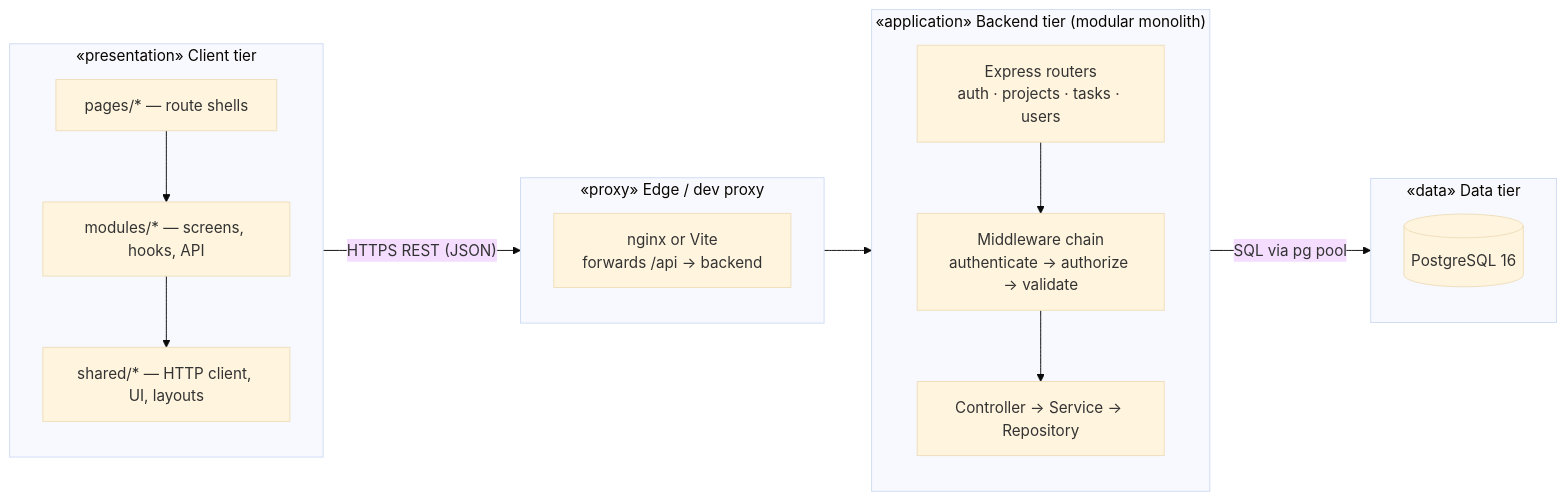
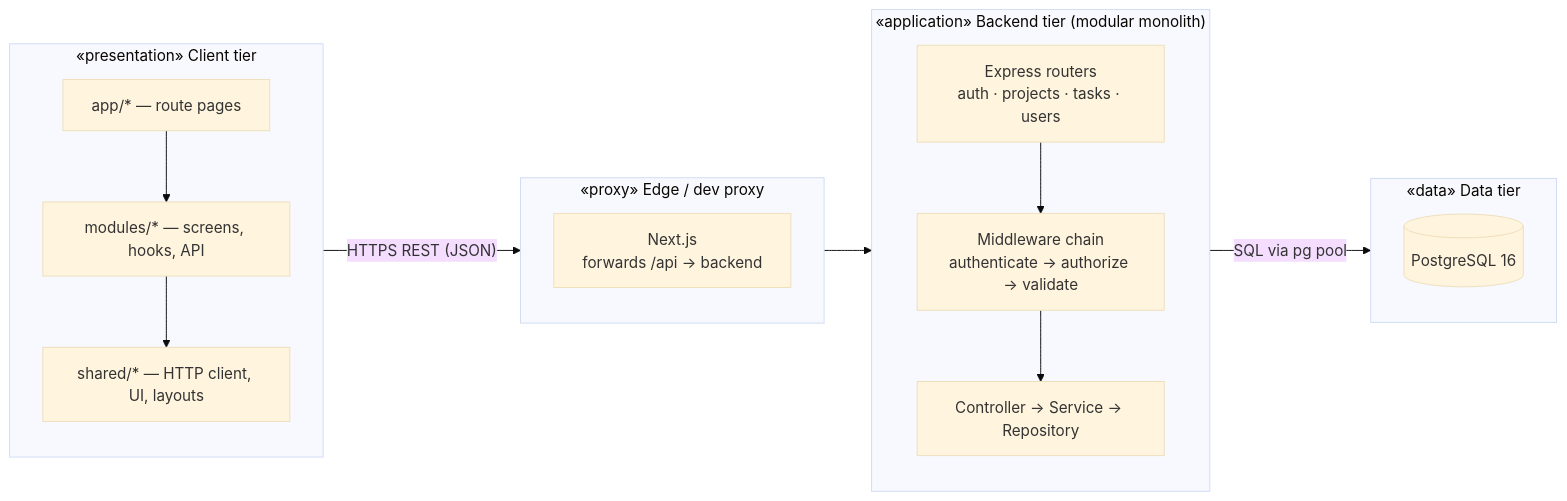
Before and after one commit to sagnik26/Task-Manager: the first of 3 diagrams in README.md, drawn with Mermaid (base theme). The commit also changed other lines of this file and 61 other files, not shown here.

````diff
--- a/README.md
+++ b/README.md
@@ -61,30 +61,30 @@
 ```mermaid
 flowchart LR
     subgraph Client["«presentation» Client tier"]
         direction TB
-        Pages["pages/* — route shells"]
+        Pages["app/* — route pages"]
         Modules["modules/* — screens, hooks, API"]
         SharedFE["shared/* — HTTP client, UI, layouts"]
         Pages --> Modules --> SharedFE
     end
 
     subgraph Edge["«proxy» Edge / dev proxy"]
-        Proxy["nginx or Vite<br/>forwards /api → backend"]
+        Proxy["Next.js<br/>forwards /api → backend"]
     end
 
     subgraph App["«application» Backend tier (modular monolith)"]
         direction TB
         Router["Express routers<br/>auth · projects · tasks · users"]
         MW["Middleware chain<br/>authenticate → authorize → validate"]
         Layer["Controller → Service → Repository"]
         Router --> MW --> Layer
     end
 
     subgraph Data["«data» Data tier"]
         PG[("PostgreSQL 16")]
     end
 
     Client -->|"HTTPS REST (JSON)"| Edge
     Edge --> App
     App -->|"SQL via pg pool"| Data
 ```
````
